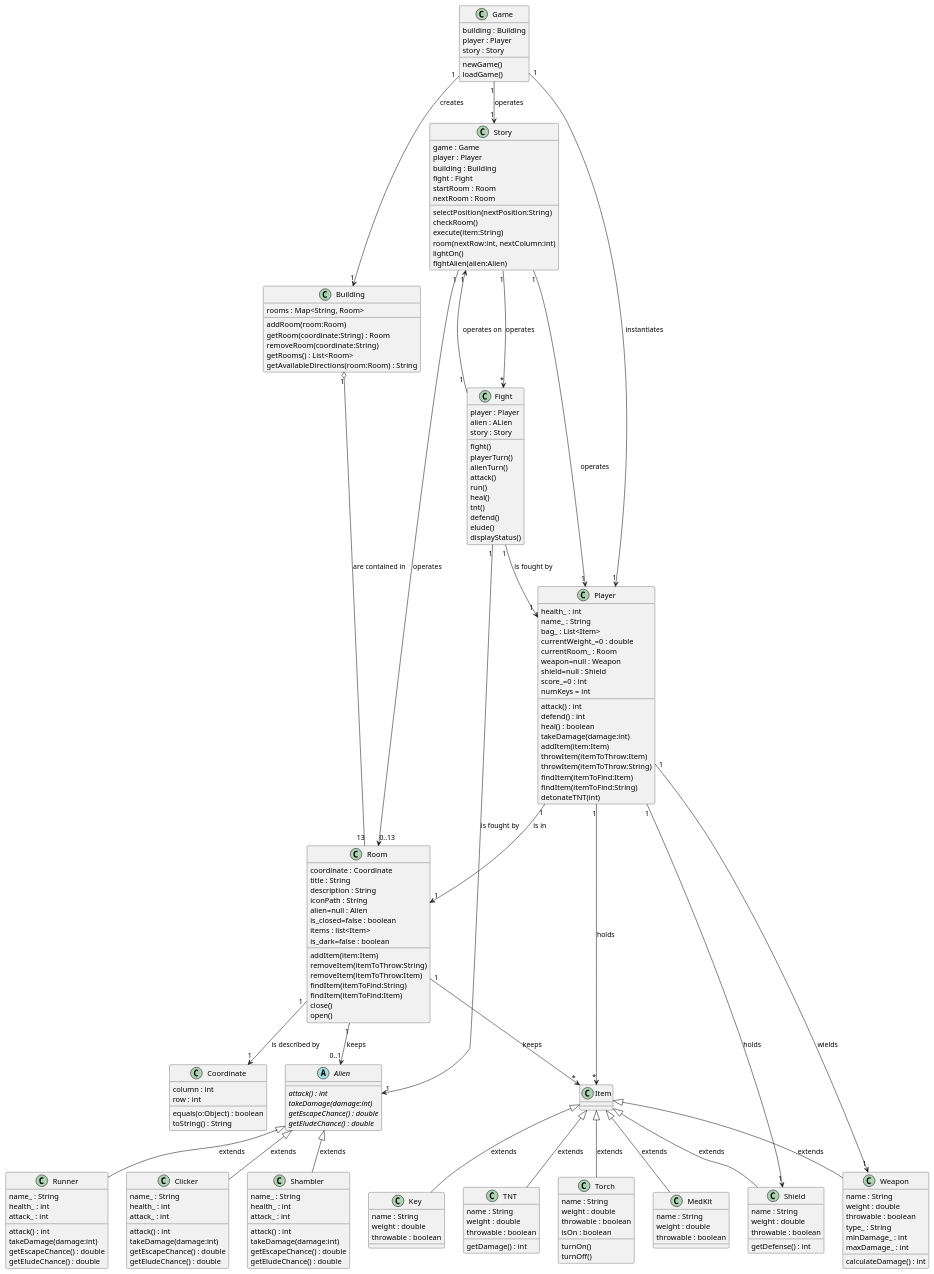
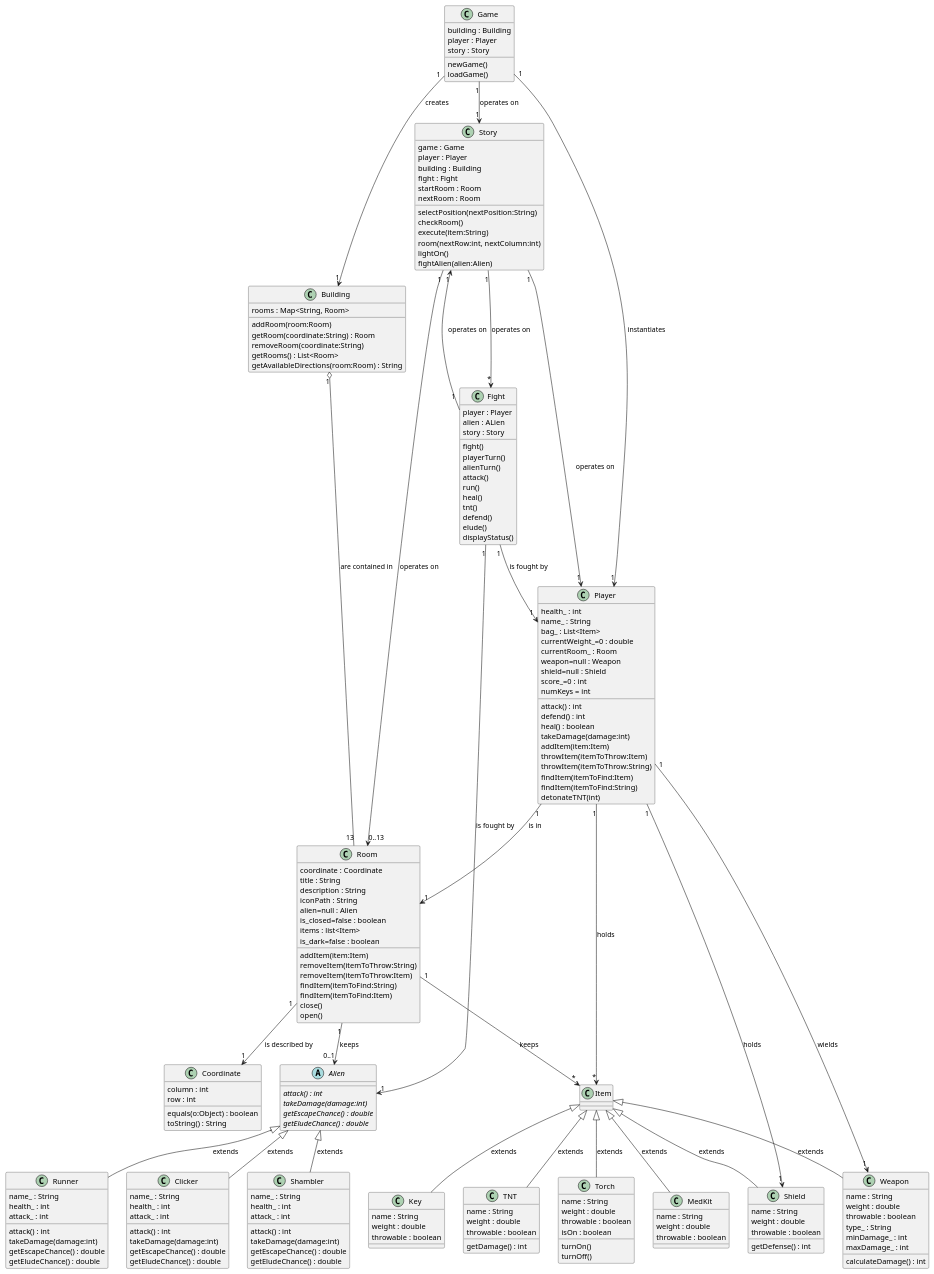
The diagram in src/main/java/com/extraction/uml/uml diagrams/Design-Class-Model-Core.puml (EDIDS/EDIDS_Proj), drawn with PlantUML before and after one commit. The commit also changed 1 other file, not shown here.

```diff
--- a/src/main/java/com/extraction/uml/uml diagrams/Design-Class-Model-Core.puml
+++ b/src/main/java/com/extraction/uml/uml diagrams/Design-Class-Model-Core.puml
@@ -209,10 +209,10 @@
 
 Game"1" --> "1"Building : creates
 Game"1" --> "1"Player : instantiates
-Game"1" --> "1"Story : operates
+Game"1" --> "1"Story : operates on
 
-Story"1" --> "1"Player : operates
-Story"1" --> "*"Fight : operates
-Story"1" --> "0..13"Room : operates
+Story"1" --> "1"Player : operates on
+Story"1" --> "*"Fight : operates on
+Story"1" --> "0..13"Room : operates on
 
 @enduml
```
